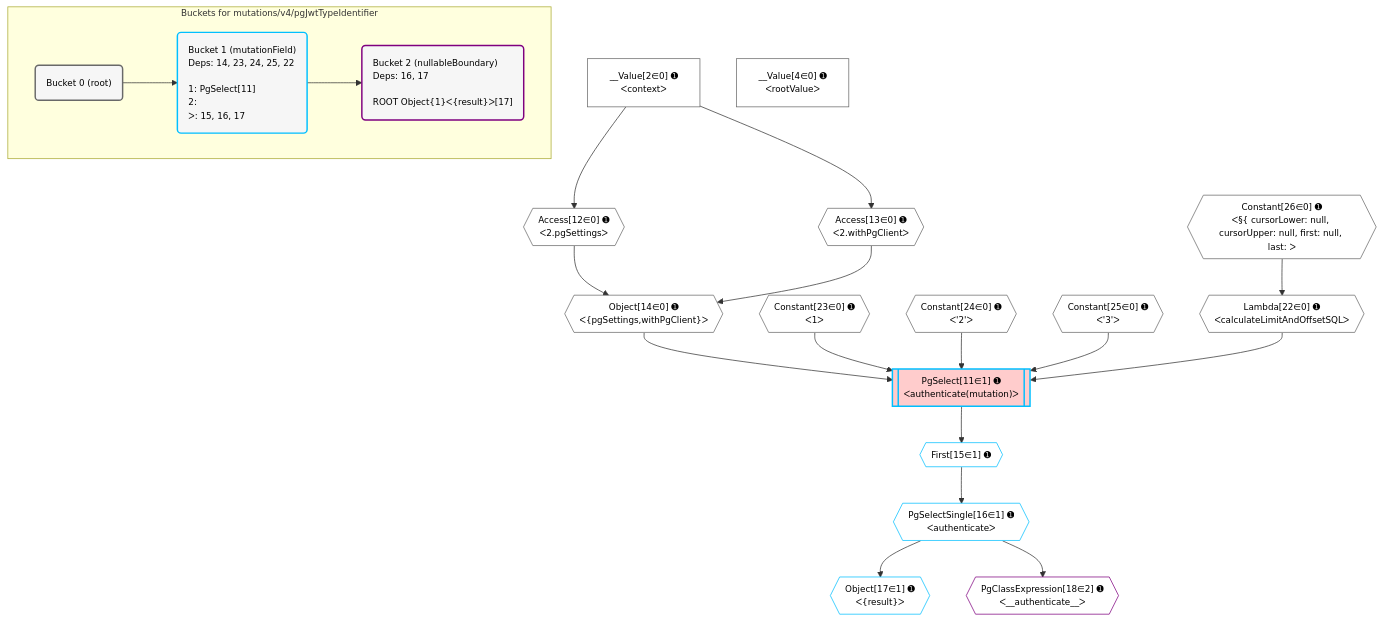
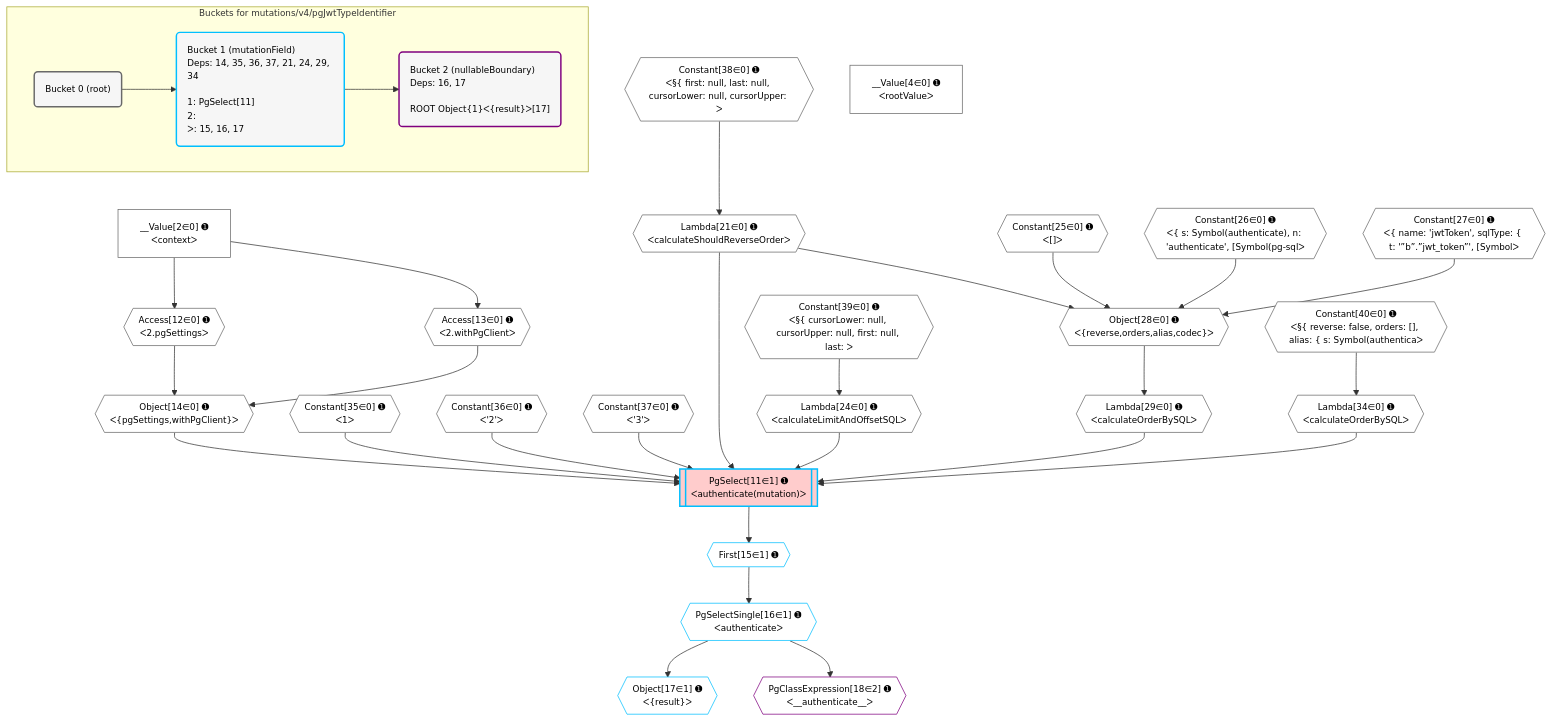
One commit to graphile/crystal changed the diagram in postgraphile/postgraphile/__tests__/mutations/v4/pgJwtTypeIdentifier.mermaid. Above: the diagram before and after it, drawn with Mermaid. The commit also changed 335 other files, not shown here.

Commit message:
Update plan and SQL snapshots

```diff
--- a/postgraphile/postgraphile/__tests__/mutations/v4/pgJwtTypeIdentifier.mermaid
+++ b/postgraphile/postgraphile/__tests__/mutations/v4/pgJwtTypeIdentifier.mermaid
@@ -1,51 +1,64 @@
 %%{init: {'themeVariables': { 'fontSize': '12px'}}}%%
 graph TD
     classDef path fill:#eee,stroke:#000,color:#000
     classDef plan fill:#fff,stroke-width:1px,color:#000
     classDef itemplan fill:#fff,stroke-width:2px,color:#000
     classDef unbatchedplan fill:#dff,stroke-width:1px,color:#000
     classDef sideeffectplan fill:#fcc,stroke-width:2px,color:#000
     classDef bucket fill:#f6f6f6,color:#000,stroke-width:2px,text-align:left
 
 
     %% plan dependencies
+    Object28{{"Object[28∈0] ➊<br />ᐸ{reverse,orders,alias,codec}ᐳ"}}:::plan
+    Lambda21{{"Lambda[21∈0] ➊<br />ᐸcalculateShouldReverseOrderᐳ"}}:::plan
+    Constant25{{"Constant[25∈0] ➊<br />ᐸ[]ᐳ"}}:::plan
+    Constant26{{"Constant[26∈0] ➊<br />ᐸ{ s: Symbol(authenticate), n: 'authenticate', [Symbol(pg-sqlᐳ"}}:::plan
+    Constant27{{"Constant[27∈0] ➊<br />ᐸ{ name: 'jwtToken', sqlType: { t: '”b”.”jwt_token”', [Symbolᐳ"}}:::plan
+    Lambda21 & Constant25 & Constant26 & Constant27 --> Object28
     Object14{{"Object[14∈0] ➊<br />ᐸ{pgSettings,withPgClient}ᐳ"}}:::plan
     Access12{{"Access[12∈0] ➊<br />ᐸ2.pgSettingsᐳ"}}:::plan
     Access13{{"Access[13∈0] ➊<br />ᐸ2.withPgClientᐳ"}}:::plan
     Access12 & Access13 --> Object14
     __Value2["__Value[2∈0] ➊<br />ᐸcontextᐳ"]:::plan
     __Value2 --> Access12
     __Value2 --> Access13
-    Lambda22{{"Lambda[22∈0] ➊<br />ᐸcalculateLimitAndOffsetSQLᐳ"}}:::plan
-    Constant26{{"Constant[26∈0] ➊<br />ᐸ§{ cursorLower: null, cursorUpper: null, first: null, last: ᐳ"}}:::plan
-    Constant26 --> Lambda22
+    Constant38{{"Constant[38∈0] ➊<br />ᐸ§{ first: null, last: null, cursorLower: null, cursorUpper: ᐳ"}}:::plan
+    Constant38 --> Lambda21
+    Lambda24{{"Lambda[24∈0] ➊<br />ᐸcalculateLimitAndOffsetSQLᐳ"}}:::plan
+    Constant39{{"Constant[39∈0] ➊<br />ᐸ§{ cursorLower: null, cursorUpper: null, first: null, last: ᐳ"}}:::plan
+    Constant39 --> Lambda24
+    Lambda29{{"Lambda[29∈0] ➊<br />ᐸcalculateOrderBySQLᐳ"}}:::plan
+    Object28 --> Lambda29
+    Lambda34{{"Lambda[34∈0] ➊<br />ᐸcalculateOrderBySQLᐳ"}}:::plan
+    Constant40{{"Constant[40∈0] ➊<br />ᐸ§{ reverse: false, orders: [], alias: { s: Symbol(authenticaᐳ"}}:::plan
+    Constant40 --> Lambda34
     __Value4["__Value[4∈0] ➊<br />ᐸrootValueᐳ"]:::plan
-    Constant23{{"Constant[23∈0] ➊<br />ᐸ1ᐳ"}}:::plan
-    Constant24{{"Constant[24∈0] ➊<br />ᐸ'2'ᐳ"}}:::plan
-    Constant25{{"Constant[25∈0] ➊<br />ᐸ'3'ᐳ"}}:::plan
+    Constant35{{"Constant[35∈0] ➊<br />ᐸ1ᐳ"}}:::plan
+    Constant36{{"Constant[36∈0] ➊<br />ᐸ'2'ᐳ"}}:::plan
+    Constant37{{"Constant[37∈0] ➊<br />ᐸ'3'ᐳ"}}:::plan
     PgSelect11[["PgSelect[11∈1] ➊<br />ᐸauthenticate(mutation)ᐳ"]]:::sideeffectplan
-    Object14 & Constant23 & Constant24 & Constant25 & Lambda22 --> PgSelect11
+    Object14 & Constant35 & Constant36 & Constant37 & Lambda21 & Lambda24 & Lambda29 & Lambda34 --> PgSelect11
     First15{{"First[15∈1] ➊"}}:::plan
     PgSelect11 --> First15
     PgSelectSingle16{{"PgSelectSingle[16∈1] ➊<br />ᐸauthenticateᐳ"}}:::plan
     First15 --> PgSelectSingle16
     Object17{{"Object[17∈1] ➊<br />ᐸ{result}ᐳ"}}:::plan
     PgSelectSingle16 --> Object17
     PgClassExpression18{{"PgClassExpression[18∈2] ➊<br />ᐸ__authenticate__ᐳ"}}:::plan
     PgSelectSingle16 --> PgClassExpression18
 
     %% define steps
 
     subgraph "Buckets for mutations/v4/pgJwtTypeIdentifier"
     Bucket0("Bucket 0 (root)"):::bucket
     classDef bucket0 stroke:#696969
-    class Bucket0,__Value2,__Value4,Access12,Access13,Object14,Lambda22,Constant23,Constant24,Constant25,Constant26 bucket0
-    Bucket1("Bucket 1 (mutationField)<br />Deps: 14, 23, 24, 25, 22<br /><br />1: PgSelect[11]<br />2: <br />ᐳ: 15, 16, 17"):::bucket
+    class Bucket0,__Value2,__Value4,Access12,Access13,Object14,Lambda21,Lambda24,Constant25,Constant26,Constant27,Object28,Lambda29,Lambda34,Constant35,Constant36,Constant37,Constant38,Constant39,Constant40 bucket0
+    Bucket1("Bucket 1 (mutationField)<br />Deps: 14, 35, 36, 37, 21, 24, 29, 34<br /><br />1: PgSelect[11]<br />2: <br />ᐳ: 15, 16, 17"):::bucket
     classDef bucket1 stroke:#00bfff
     class Bucket1,PgSelect11,First15,PgSelectSingle16,Object17 bucket1
     Bucket2("Bucket 2 (nullableBoundary)<br />Deps: 16, 17<br /><br />ROOT Object{1}ᐸ{result}ᐳ[17]"):::bucket
     classDef bucket2 stroke:#7f007f
     class Bucket2,PgClassExpression18 bucket2
     Bucket0 --> Bucket1
     Bucket1 --> Bucket2
     end
```
